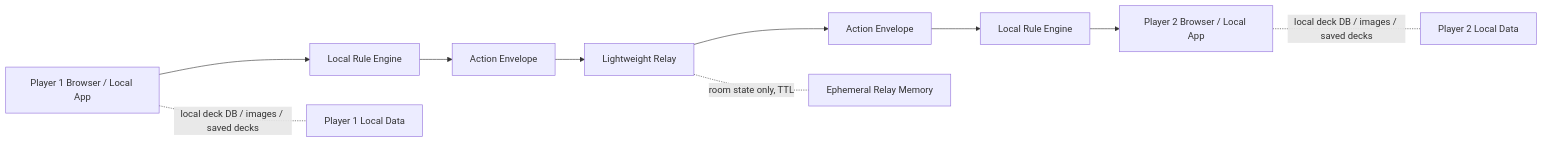
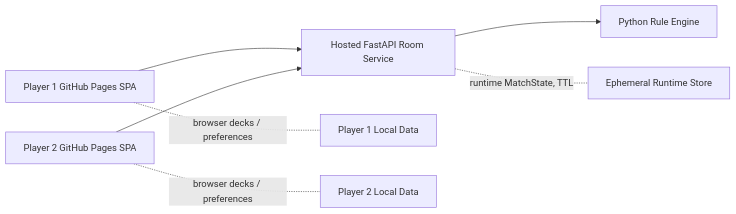
One commit to smaillion/loveca-simulator changed the diagram in docs/16-low-cost-online-battle-plan.md. Above: the diagram before and after it, drawn with Mermaid. The commit also changed other lines of this file and 6 other files, not shown here.

````diff
--- a/docs/16-low-cost-online-battle-plan.md
+++ b/docs/16-low-cost-online-battle-plan.md
@@ -64,13 +78,10 @@
 ```mermaid
 flowchart LR
-    A["Player 1 Browser / Local App"] --> B["Local Rule Engine"]
-    B --> C["Action Envelope"]
-    C --> R["Lightweight Relay"]
-    R --> D["Action Envelope"]
-    D --> E["Local Rule Engine"]
-    E --> F["Player 2 Browser / Local App"]
+    A["Player 1 GitHub Pages SPA"] --> S["Hosted FastAPI Room Service"]
+    F["Player 2 GitHub Pages SPA"] --> S
+    S --> B["Python Rule Engine"]
+    S -. "runtime MatchState, TTL" .- R["Ephemeral Runtime Store"]
 
-    A -. "local deck DB / images / saved decks" .- G["Player 1 Local Data"]
-    F -. "local deck DB / images / saved decks" .- H["Player 2 Local Data"]
-    R -. "room state only, TTL" .- I["Ephemeral Relay Memory"]
+    A -. "browser decks / preferences" .- G["Player 1 Local Data"]
+    F -. "browser decks / preferences" .- H["Player 2 Local Data"]
 ```
````
